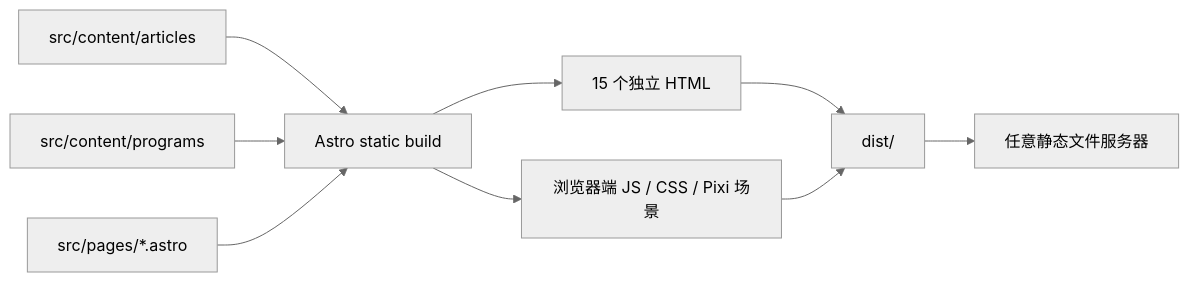
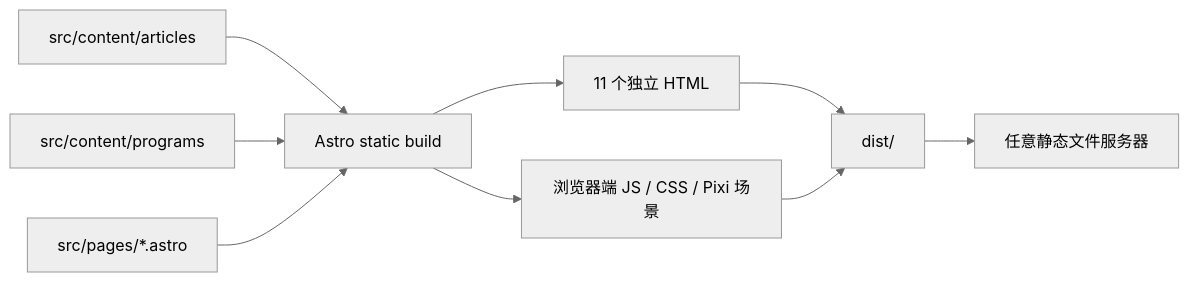
One commit to WALK-FISH2/walk_fish_net changed the diagram in 03_SourceCode/Website/architecture.md. Above: the diagram before and after it, drawn with Mermaid (neutral theme). The commit also changed other lines of this file and 22 other files, not shown here.

````diff
--- a/03_SourceCode/Website/architecture.md
+++ b/03_SourceCode/Website/architecture.md
@@ -36,20 +36,20 @@
 ```mermaid
 flowchart LR
     Articles["src/content/articles"]
     Programs["src/content/programs"]
     Pages["src/pages/*.astro"]
     Astro["Astro static build"]
-    HTML["15 个独立 HTML"]
+    HTML["11 个独立 HTML"]
     Assets["浏览器端 JS / CSS / Pixi 场景"]
     Dist["dist/"]
     Host["任意静态文件服务器"]
 
     Articles --> Astro
     Programs --> Astro
     Pages --> Astro
     Astro --> HTML
     Astro --> Assets
     HTML --> Dist
     Assets --> Dist
     Dist --> Host
 ```
````
